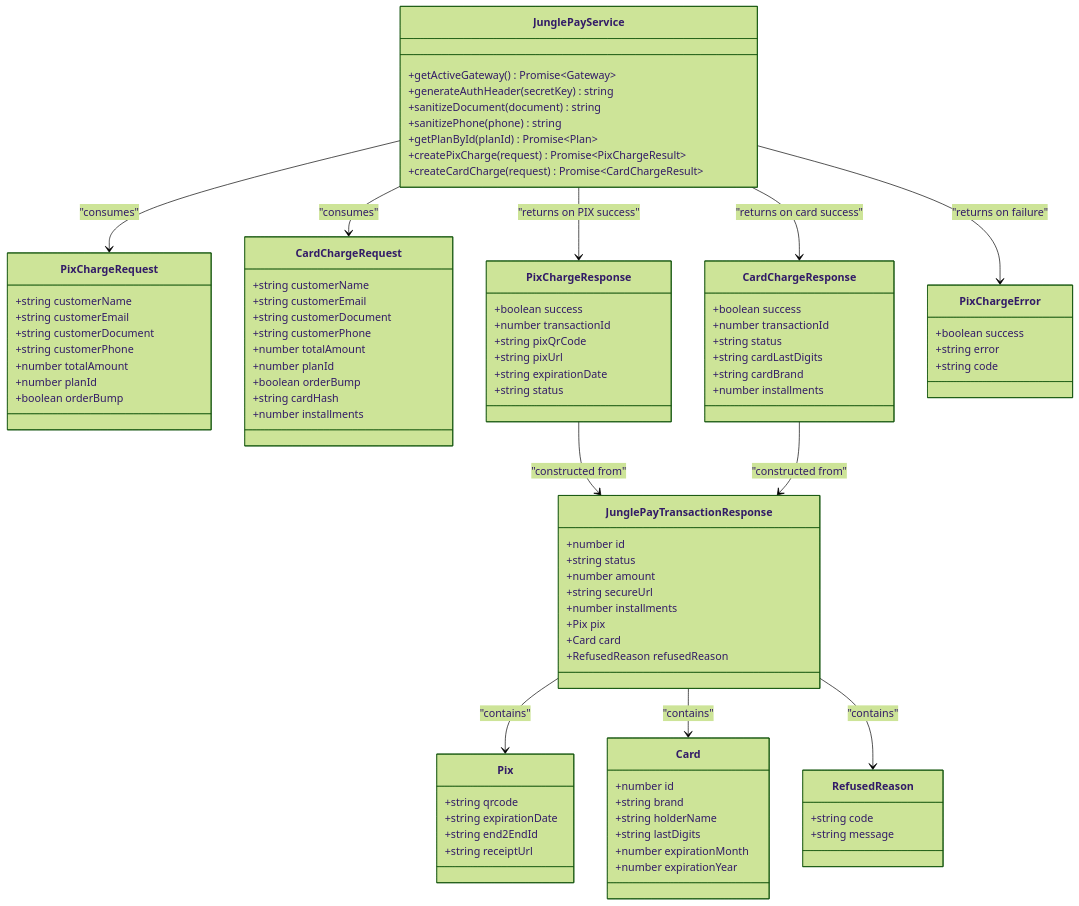
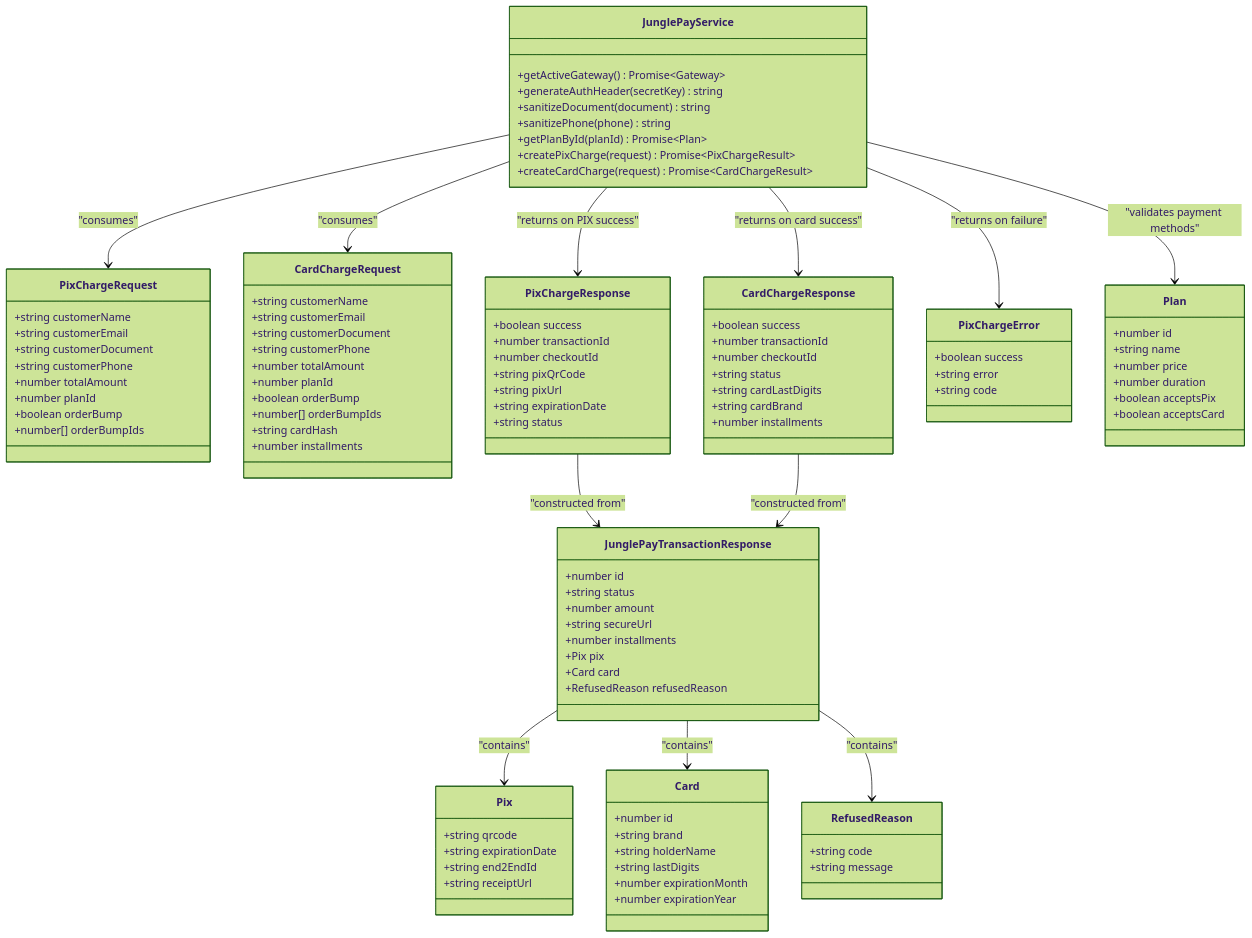
Before and after one commit to eromedrive2tb-gif/Avitrine: the third of 6 diagrams in .qoder/repowiki/en/content/Payment Processing System/JunglePay Gateway Integration.md, drawn with Mermaid (forest theme). The commit also changed other lines of this file and 18 other files, not shown here.

```diff
--- a/.qoder/repowiki/en/content/Payment Processing System/JunglePay Gateway Integration.md
+++ b/.qoder/repowiki/en/content/Payment Processing System/JunglePay Gateway Integration.md
@@ -219,6 +233,7 @@
 +number totalAmount
 +number planId
 +boolean orderBump
++number[] orderBumpIds
 }
 class CardChargeRequest {
 +string customerName
@@ -228,12 +243,14 @@
 +number totalAmount
 +number planId
 +boolean orderBump
++number[] orderBumpIds
 +string cardHash
 +number installments
 }
 class PixChargeResponse {
 +boolean success
 +number transactionId
++number checkoutId
 +string pixQrCode
 +string pixUrl
 +string expirationDate
@@ -242,6 +259,7 @@
 class CardChargeResponse {
 +boolean success
 +number transactionId
++number checkoutId
 +string status
 +string cardLastDigits
 +string cardBrand
@@ -280,11 +298,20 @@
 +string code
 +string message
 }
+class Plan {
++number id
++string name
++number price
++number duration
++boolean acceptsPix
++boolean acceptsCard
+}
 JunglePayService --> PixChargeRequest : "consumes"
 JunglePayService --> CardChargeRequest : "consumes"
 JunglePayService --> PixChargeResponse : "returns on PIX success"
 JunglePayService --> CardChargeResponse : "returns on card success"
 JunglePayService --> PixChargeError : "returns on failure"
+JunglePayService --> Plan : "validates payment methods"
 PixChargeResponse --> JunglePayTransactionResponse : "constructed from"
 CardChargeResponse --> JunglePayTransactionResponse : "constructed from"
 JunglePayTransactionResponse --> Pix : "contains"
```
